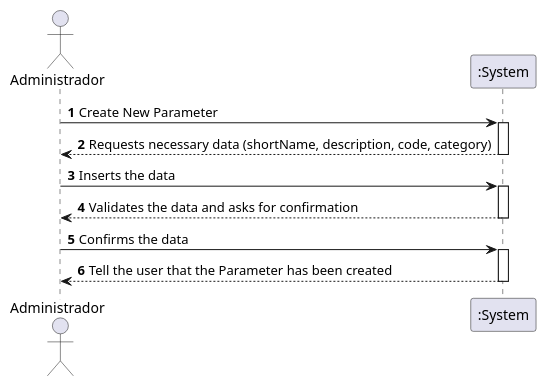
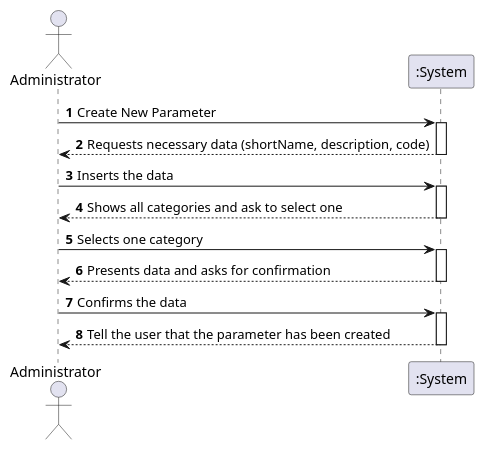
Before and after one commit to GuilhermeCunha79/lapr2: the diagram in docs/SprintC/US10/UC10_SSD.puml, drawn with PlantUML. The commit also changed 22 other files, not shown here.

Commit message:
[US-10] Improvements to the US-10 documentation diagrams and code [US-11] Improvements to the US-11 documentation, diagrams and code [Fixes] Removed connection between UI and domain Layer in US-10 functionalities.

```diff
--- a/docs/SprintC/US10/UC10_SSD.puml
+++ b/docs/SprintC/US10/UC10_SSD.puml
@@ -1,24 +1,27 @@
 @startuml
 autonumber
 'hide footbox
-actor "Administrador" as ADMIN
+actor "Administrator" as ADMIN
 
 participant ":System" as SYSTEM
 
 ADMIN -> SYSTEM : Create New Parameter
 activate SYSTEM
-SYSTEM --> ADMIN : Requests necessary data (shortName, description, code, category)
+SYSTEM --> ADMIN : Requests necessary data (shortName, description, code)
 deactivate SYSTEM
 
 ADMIN -> SYSTEM : Inserts the data
 activate SYSTEM
-SYSTEM --> ADMIN : Validates the data and asks for confirmation
+SYSTEM --> ADMIN : Shows all categories and ask to select one
 deactivate SYSTEM
-
+ADMIN -> SYSTEM : Selects one category
+activate SYSTEM
+SYSTEM --> ADMIN : Presents data and asks for confirmation
+deactivate SYSTEM
 ADMIN -> SYSTEM : Confirms the data
 activate SYSTEM
-SYSTEM --> ADMIN : Tell the user that the Parameter has been created
+SYSTEM --> ADMIN : Tell the user that the parameter has been created
 deactivate SYSTEM
 
 
 @enduml
```
